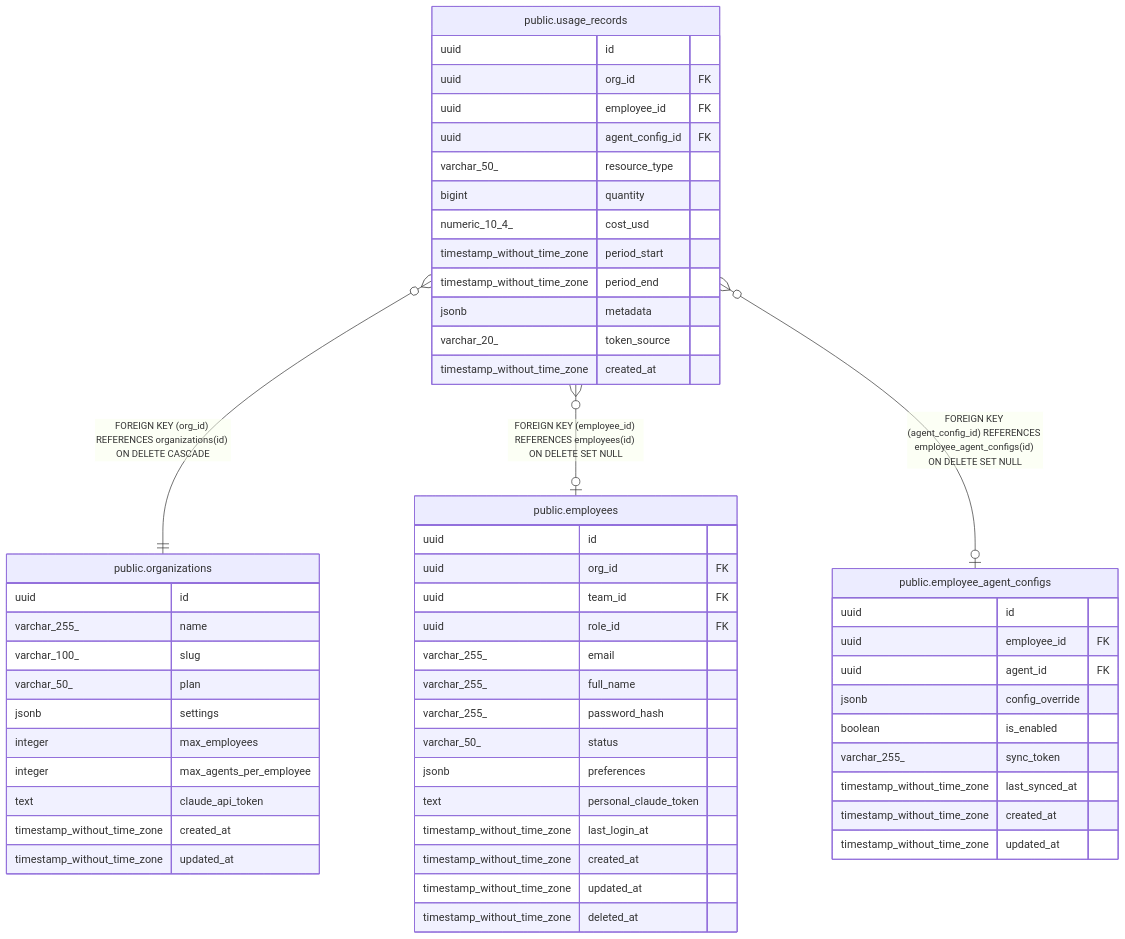
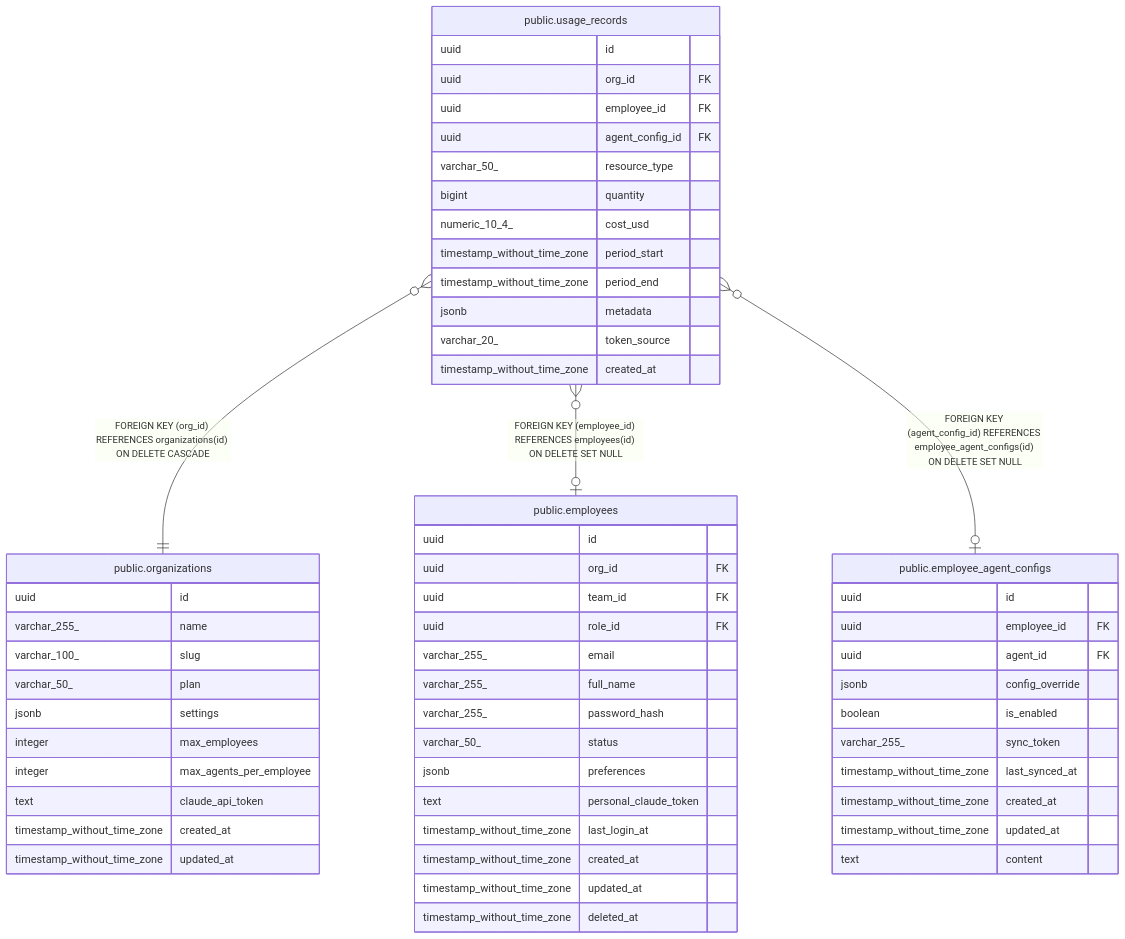
One commit to rastrigin-systems/arfa changed the diagram in docs/public.usage_records.md. Above: the diagram before and after it, drawn with Mermaid. The commit also changed 33 other files, not shown here.

````diff
--- a/docs/public.usage_records.md
+++ b/docs/public.usage_records.md
@@ -44,61 +44,62 @@
 ```mermaid
 erDiagram
 
 "public.usage_records" }o--|| "public.organizations" : "FOREIGN KEY (org_id) REFERENCES organizations(id) ON DELETE CASCADE"
 "public.usage_records" }o--o| "public.employees" : "FOREIGN KEY (employee_id) REFERENCES employees(id) ON DELETE SET NULL"
 "public.usage_records" }o--o| "public.employee_agent_configs" : "FOREIGN KEY (agent_config_id) REFERENCES employee_agent_configs(id) ON DELETE SET NULL"
 
 "public.usage_records" {
   uuid id
   uuid org_id FK
   uuid employee_id FK
   uuid agent_config_id FK
   varchar_50_ resource_type
   bigint quantity
   numeric_10_4_ cost_usd
   timestamp_without_time_zone period_start
   timestamp_without_time_zone period_end
   jsonb metadata
   varchar_20_ token_source
   timestamp_without_time_zone created_at
 }
 "public.organizations" {
   uuid id
   varchar_255_ name
   varchar_100_ slug
   varchar_50_ plan
   jsonb settings
   integer max_employees
   integer max_agents_per_employee
   text claude_api_token
   timestamp_without_time_zone created_at
   timestamp_without_time_zone updated_at
 }
 "public.employees" {
   uuid id
   uuid org_id FK
   uuid team_id FK
   uuid role_id FK
   varchar_255_ email
   varchar_255_ full_name
   varchar_255_ password_hash
   varchar_50_ status
   jsonb preferences
   text personal_claude_token
   timestamp_without_time_zone last_login_at
   timestamp_without_time_zone created_at
   timestamp_without_time_zone updated_at
   timestamp_without_time_zone deleted_at
 }
 "public.employee_agent_configs" {
   uuid id
   uuid employee_id FK
   uuid agent_id FK
   jsonb config_override
   boolean is_enabled
   varchar_255_ sync_token
   timestamp_without_time_zone last_synced_at
   timestamp_without_time_zone created_at
   timestamp_without_time_zone updated_at
+  text content
 }
 ```
````
